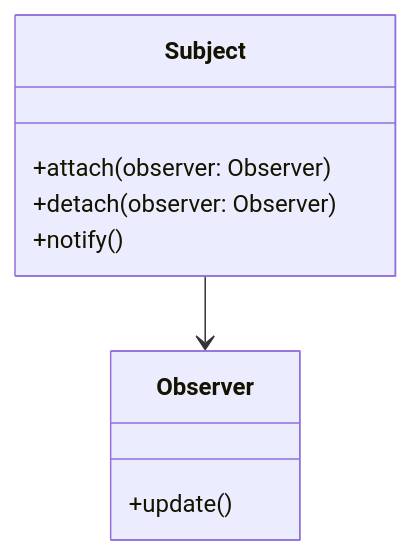
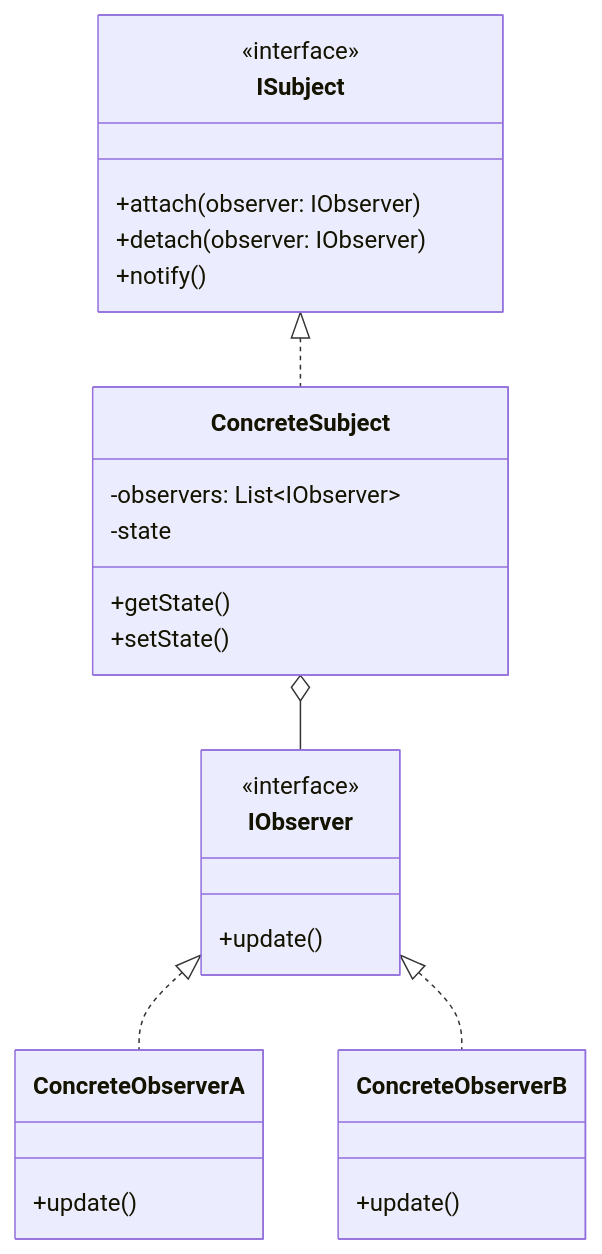
One commit to SamuelLnds/LandaisSamuel_TP_DesignPatterns changed the first of 4 diagrams in Observer/README.md. Above: the diagram before and after it, drawn with Mermaid. The commit also changed other lines of this file and 12 other files, not shown here.

Commit message:
revue des README, correction des diagrammes, ajout de diagrammes de séquence pour détailler l'explication, correction du français, ajout d'informations supplémentaires, révision de la disposition des limitations à certains endroits

````diff
--- a/Observer/README.md
+++ b/Observer/README.md
@@ -9,14 +7,34 @@
 ```mermaid
 classDiagram
-	class Subject {
-		+attach(observer: Observer)
-		+detach(observer: Observer)
-		+notify()
-	}
-	
-	class Observer {
-		+update()
-	}
-	
-	Subject --> Observer
+    class ISubject {
+        <<interface>>
+        +attach(observer: IObserver)
+        +detach(observer: IObserver)
+        +notify()
+    }
+
+    class IObserver {
+        <<interface>>
+        +update()
+    }
+
+    class ConcreteSubject {
+        -observers: List~IObserver~
+        -state
+        +getState()
+        +setState()
+    }
+
+    class ConcreteObserverA {
+        +update()
+    }
+
+    class ConcreteObserverB {
+        +update()
+    }
+
+    ISubject <|.. ConcreteSubject
+    IObserver <|.. ConcreteObserverA
+    IObserver <|.. ConcreteObserverB
+    ConcreteSubject o-- IObserver
 ```
````
